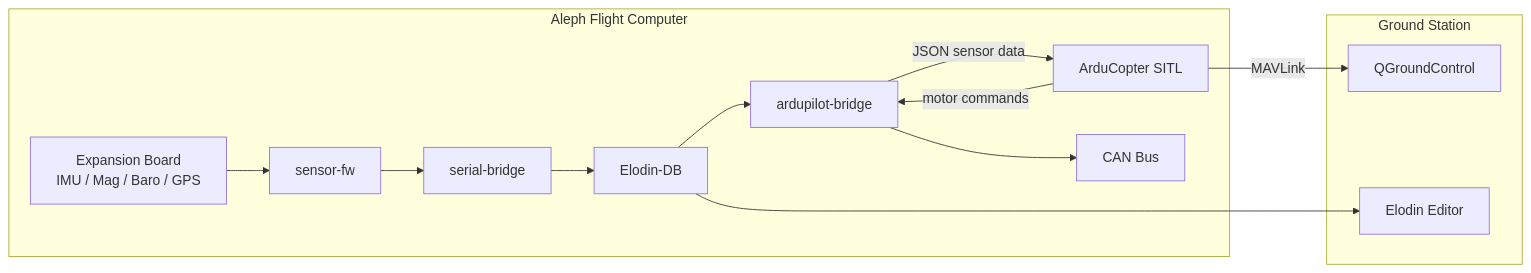
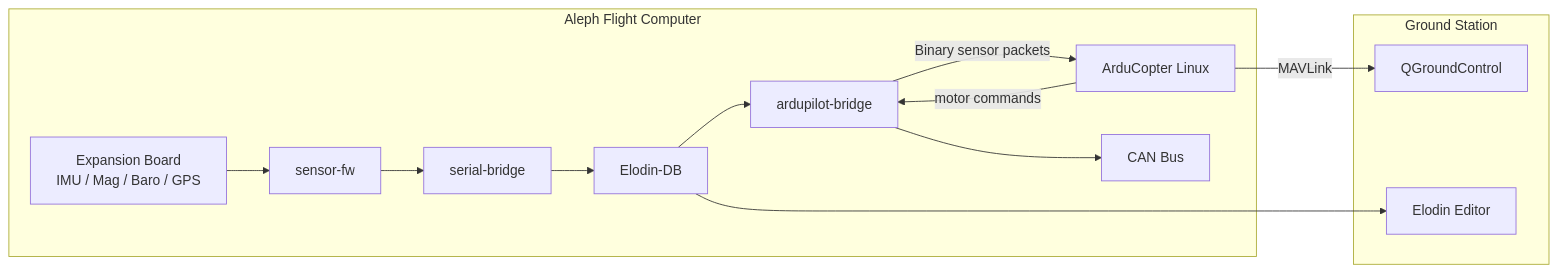
The diagram in ARCHITECTURE.md (elodin-sys/aleph-ardupilot), drawn with Mermaid before and after one commit. The commit also changed other lines of this file and 16 other files, not shown here.

````diff
--- a/ARCHITECTURE.md
+++ b/ARCHITECTURE.md
@@ -5,26 +5,26 @@
 ```mermaid
 flowchart LR
     subgraph aleph [Aleph Flight Computer]
         sensors[Expansion Board\nIMU / Mag / Baro / GPS]
         sensorFw[sensor-fw]
         serialBridge[serial-bridge]
         elodinDb[Elodin-DB]
         bridge[ardupilot-bridge]
-        arducopter[ArduCopter SITL]
+        arducopter[ArduCopter Linux]
         can[CAN Bus]
 
         sensors --> sensorFw --> serialBridge --> elodinDb
         elodinDb --> bridge
-        bridge -->|JSON sensor data| arducopter
+        bridge -->|Binary sensor packets| arducopter
         arducopter -->|motor commands| bridge
         bridge --> can
     end
 
     subgraph gcs [Ground Station]
         qgc[QGroundControl]
         elodinEditor[Elodin Editor]
     end
 
     arducopter -->|MAVLink| qgc
     elodinDb --> elodinEditor
 ```
````
